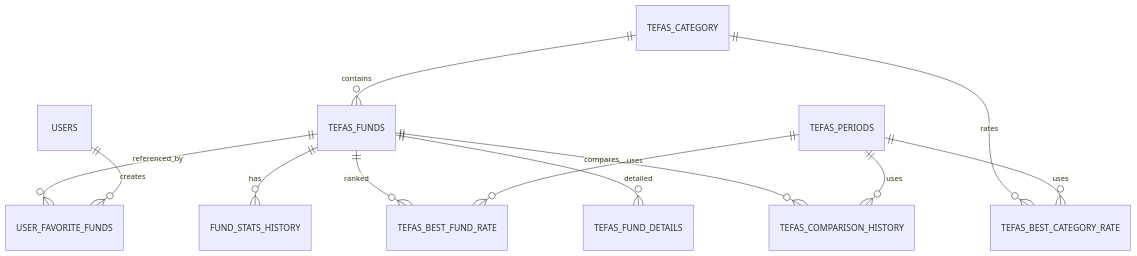
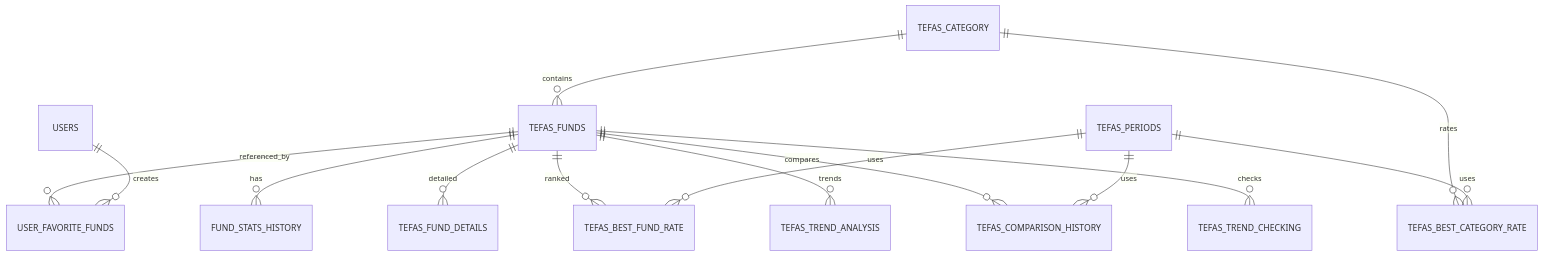
Before and after one commit to ahmetymtkn/tefas-backend: the first of 5 diagrams in README.md, drawn with Mermaid. The commit also changed other lines of this file and 18 other files, not shown here.

````diff
--- a/README.md
+++ b/README.md
@@ -690,14 +791,16 @@
 ```mermaid
 erDiagram
     USERS ||--o{ USER_FAVORITE_FUNDS : creates
     TEFAS_FUNDS ||--o{ USER_FAVORITE_FUNDS : referenced_by
     TEFAS_CATEGORY ||--o{ TEFAS_FUNDS : contains
     TEFAS_PERIODS ||--o{ TEFAS_BEST_CATEGORY_RATE : uses
     TEFAS_CATEGORY ||--o{ TEFAS_BEST_CATEGORY_RATE : rates
     TEFAS_PERIODS ||--o{ TEFAS_BEST_FUND_RATE : uses
     TEFAS_FUNDS ||--o{ TEFAS_BEST_FUND_RATE : ranked
     TEFAS_PERIODS ||--o{ TEFAS_COMPARISON_HISTORY : uses
     TEFAS_FUNDS ||--o{ TEFAS_COMPARISON_HISTORY : compares
     TEFAS_FUNDS ||--o{ FUND_STATS_HISTORY : has
     TEFAS_FUNDS ||--o{ TEFAS_FUND_DETAILS : detailed
+    TEFAS_FUNDS ||--o{ TEFAS_TREND_ANALYSIS : trends
+    TEFAS_FUNDS ||--o{ TEFAS_TREND_CHECKING : checks
 ```
````
